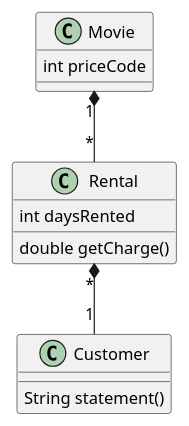
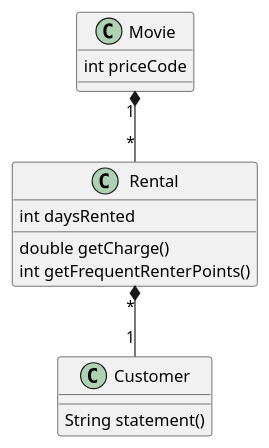
The diagram in src/main/resources/MovieRentalCustomer.puml (rony76/martin-fowler-example), drawn with PlantUML before and after one commit. The commit also changed 2 other files, not shown here.

Commit message:
Extract Method, Move Method: getFrequentRenterPoints

```diff
--- a/src/main/resources/MovieRentalCustomer.puml
+++ b/src/main/resources/MovieRentalCustomer.puml
@@ -1,19 +1,20 @@
 @startuml
 
 Movie "1" *-- "*" Rental
 Rental "*" *-- "1" Customer
 
 class Movie {
     int priceCode
 }
 
 class Rental {
     int daysRented
     double getCharge()
+    int getFrequentRenterPoints()
 }
 
 class Customer {
     String statement()
 }
 
 @enduml
```
